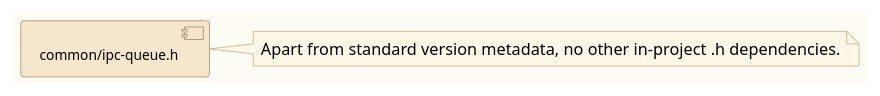
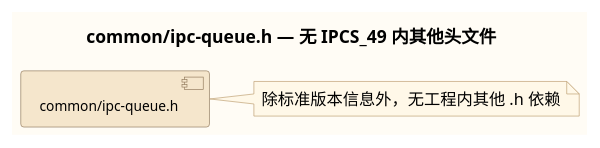
Before and after one commit to Mastang1/sad_sdd_proj: the diagram in c1_sdd_linux-ipcs/cursor_tmp/files_32_umls/3_2_3.puml, drawn with PlantUML. The commit also changed 208 other files, not shown here.

```diff
--- a/c1_sdd_linux-ipcs/cursor_tmp/files_32_umls/3_2_3.puml
+++ b/c1_sdd_linux-ipcs/cursor_tmp/files_32_umls/3_2_3.puml
@@ -1,21 +1,22 @@
 @startuml
 skinparam backgroundColor #FFFCF5
 skinparam component {
   BackgroundColor #F5E6CC
   BorderColor #8B7355
   FontSize 11
 }
 skinparam package {
   BackgroundColor #FAF0E0
   BorderColor #A08060
 }
 skinparam arrowColor #5C4033
 skinparam note {
   BackgroundColor #FFF8E8
   BorderColor #B89968
 }
+title common/ipc-queue.h — 无 IPCS_49 内其他头文件
 component [common/ipc-queue.h] as H
 note right of H
-  Apart from standard version metadata, no other in-project .h dependencies.
+  除标准版本信息外，无工程内其他 .h 依赖
 end note
 @enduml
```
